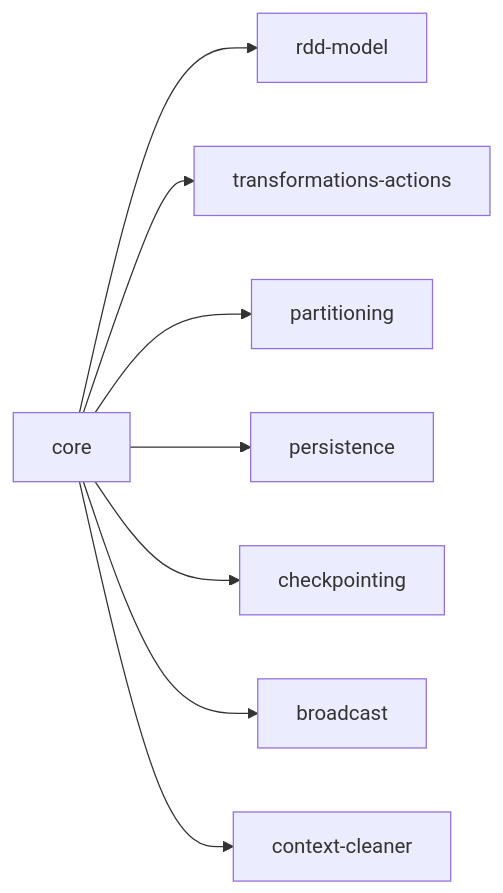
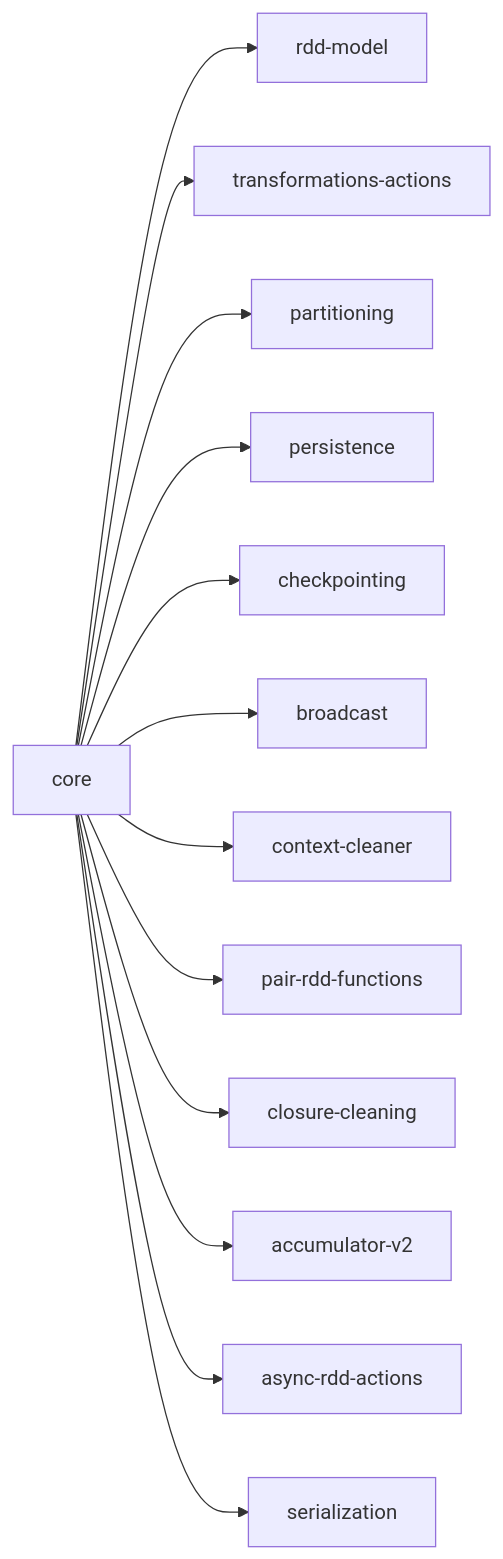
The diagram in docs/reference/spark-source-map/index.md (arindamchoudhury/spark-gyan), drawn with Mermaid before and after one commit. The commit also changed other lines of this file and 3 other files, not shown here.

````diff
--- a/docs/reference/spark-source-map/index.md
+++ b/docs/reference/spark-source-map/index.md
@@ -56,11 +61,16 @@
 ```mermaid
 flowchart LR
     S0["core"]
     S0 --> S0c0["rdd-model"]
     S0 --> S0c1["transformations-actions"]
     S0 --> S0c2["partitioning"]
     S0 --> S0c3["persistence"]
     S0 --> S0c4["checkpointing"]
     S0 --> S0c5["broadcast"]
     S0 --> S0c6["context-cleaner"]
+    S0 --> S0c7["pair-rdd-functions"]
+    S0 --> S0c8["closure-cleaning"]
+    S0 --> S0c9["accumulator-v2"]
+    S0 --> S0c10["async-rdd-actions"]
+    S0 --> S0c11["serialization"]
 ```
````
